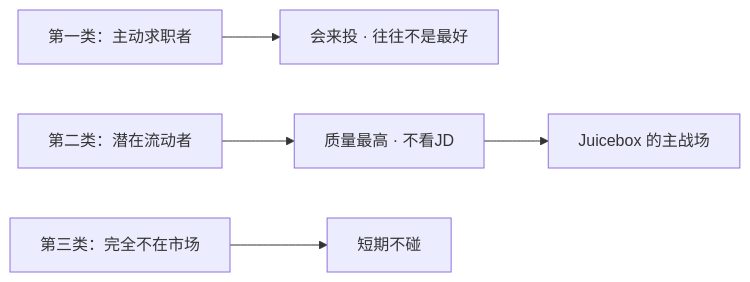
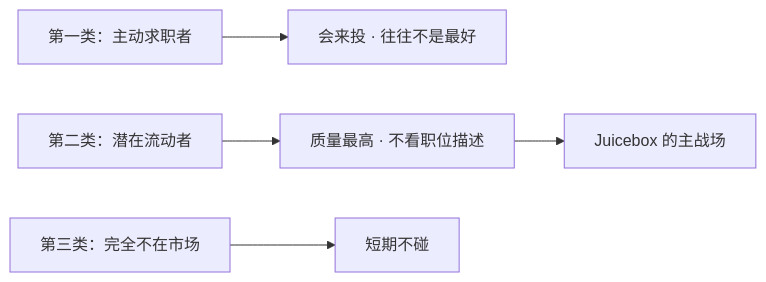
The diagram in cases/2026/021-Juicebox-简历多了反而招不到人.md (MRYGP/SK), drawn with Mermaid before and after one commit. The commit also changed other lines of this file, not shown here.

````diff
--- a/cases/2026/021-Juicebox-简历多了反而招不到人.md
+++ b/cases/2026/021-Juicebox-简历多了反而招不到人.md
@@ -58,7 +69,7 @@
 ```mermaid
 flowchart LR
   A["第一类：主动求职者"] --> A1["会来投 · 往往不是最好"]
-  B["第二类：潜在流动者"] --> B1["质量最高 · 不看JD"]
+  B["第二类：潜在流动者"] --> B1["质量最高 · 不看职位描述"]
   C["第三类：完全不在市场"] --> C1["短期不碰"]
   B1 --> J["Juicebox 的主战场"]
 ```
````
